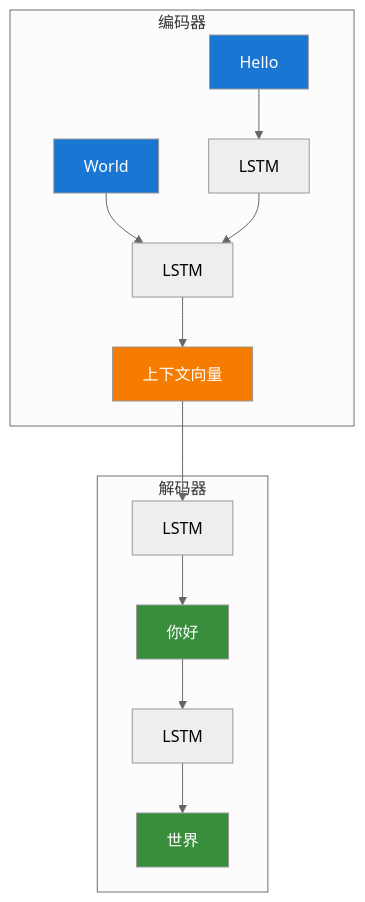
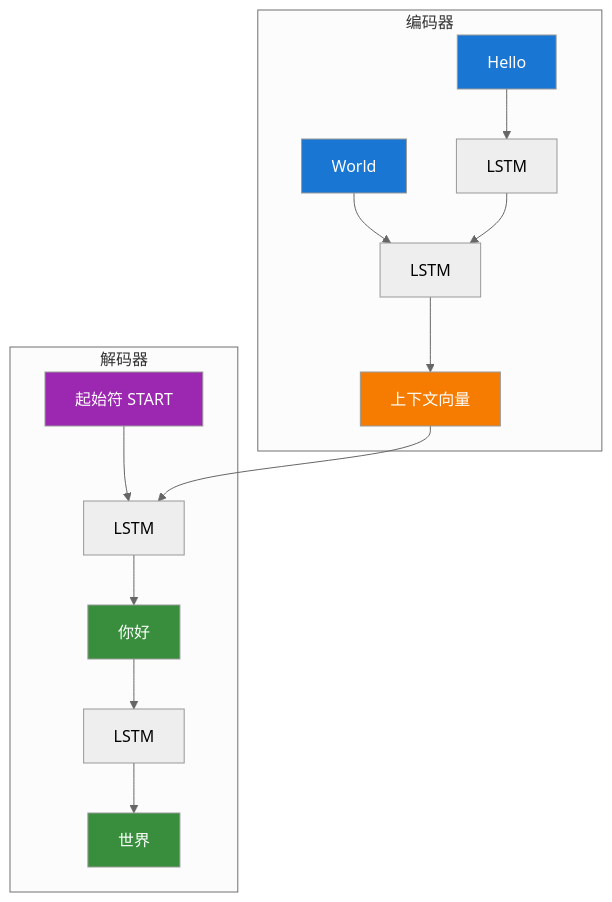
Before and after one commit to Zheng-Enci/Knoweledges: the fifth of 6 diagrams in 一起学Transformer/01a-编码器解码器架构详解.md, drawn with Mermaid (neutral theme). The commit also changed other lines of this file, not shown here.

Commit message:
完善文档：补充摘要、概述、总结章节，优化5.5章节和流程图，更新最后更新时间

````diff
--- a/一起学Transformer/01a-编码器解码器架构详解.md
+++ b/一起学Transformer/01a-编码器解码器架构详解.md
@@ -870,22 +936,24 @@
 ```mermaid
 flowchart TB
     subgraph 编码器
     I1[Hello] --> E1[LSTM]
     I2[World] --> E2[LSTM]
     E1 --> E2
     E2 --> CV[上下文向量]
     end
     
     subgraph 解码器
-    CV --> D1[LSTM]
+    START[起始符 START] --> D1[LSTM]
+    CV --> D1
     D1 --> O1[你好]
     O1 --> D2[LSTM]
     D2 --> O2[世界]
     end
     
     style I1 fill:#1976d2,color:#fff
     style I2 fill:#1976d2,color:#fff
     style CV fill:#f57c00,color:#fff
+    style START fill:#9c27b0,color:#fff
     style O1 fill:#388e3c,color:#fff
     style O2 fill:#388e3c,color:#fff
 ```
````
